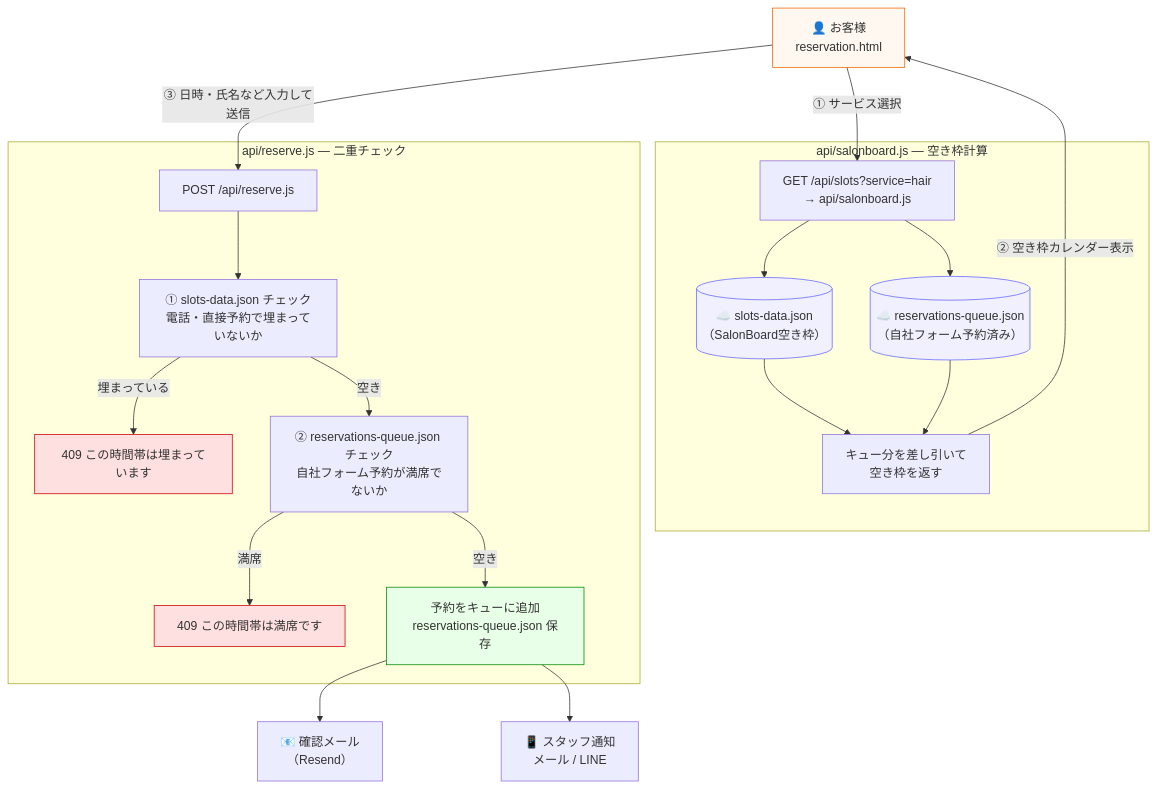
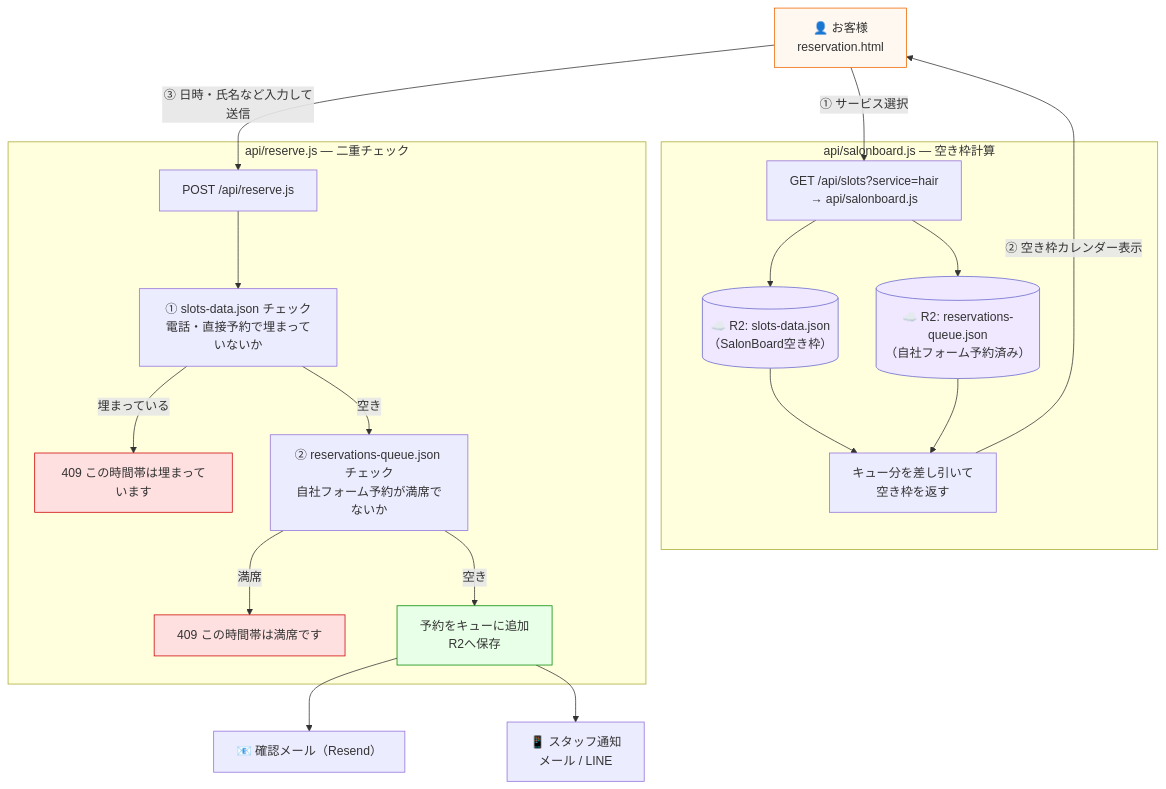
Before and after one commit to tatsuhirot/monthcolor-reservation: the second of 4 diagrams in システム全体図.md, drawn with Mermaid. The commit also changed other lines of this file and 1 other file, not shown here.

Commit message:
docs: VPS要件を確認事項に追記＋システム全体図を最新構成に更新

````diff
--- a/システム全体図.md
+++ b/システム全体図.md
@@ -14,32 +93,32 @@
 ```mermaid
 flowchart TD
     A["👤 お客様\nreservation.html"] -->|① サービス選択| B["GET /api/slots?service=hair\n→ api/salonboard.js"]
 
     subgraph salonboard_api["api/salonboard.js — 空き枠計算"]
-        B --> C1[("☁️ slots-data.json\n（SalonBoard空き枠）")]
-        B --> C2[("☁️ reservations-queue.json\n（自社フォーム予約済み）")]
+        B --> C1[("☁️ R2: slots-data.json\n（SalonBoard空き枠）")]
+        B --> C2[("☁️ R2: reservations-queue.json\n（自社フォーム予約済み）")]
         C1 --> C3["キュー分を差し引いて\n空き枠を返す"]
         C2 --> C3
     end
 
     C3 -->|② 空き枠カレンダー表示| A
     A -->|③ 日時・氏名など入力して送信| D["POST /api/reserve.js"]
 
     subgraph reserve_api["api/reserve.js — 二重チェック"]
         D --> E1["① slots-data.json チェック\n電話・直接予約で埋まっていないか"]
         E1 -->|埋まっている| ERR1["409 この時間帯は埋まっています"]
         E1 -->|空き| E2["② reservations-queue.json チェック\n自社フォーム予約が満席でないか"]
         E2 -->|満席| ERR2["409 この時間帯は満席です"]
-        E2 -->|空き| E3["予約をキューに追加\nreservations-queue.json 保存"]
+        E2 -->|空き| E3["予約をキューに追加\nR2へ保存"]
     end
 
-    E3 --> M1["📧 確認メール\n（Resend）"]
+    E3 --> M1["📧 確認メール（Resend）"]
     E3 --> M2["📱 スタッフ通知\nメール / LINE"]
 
     style A fill:#fff8f0,stroke:#e60
-    style C1 fill:#f0f0ff,stroke:#66f
-    style C2 fill:#f0f0ff,stroke:#66f
+    style C1 fill:#f0e8ff,stroke:#66c
+    style C2 fill:#f0e8ff,stroke:#66c
     style ERR1 fill:#ffe0e0,stroke:#c00
     style ERR2 fill:#ffe0e0,stroke:#c00
     style E3 fill:#e8ffe8,stroke:#080
 ```
````
